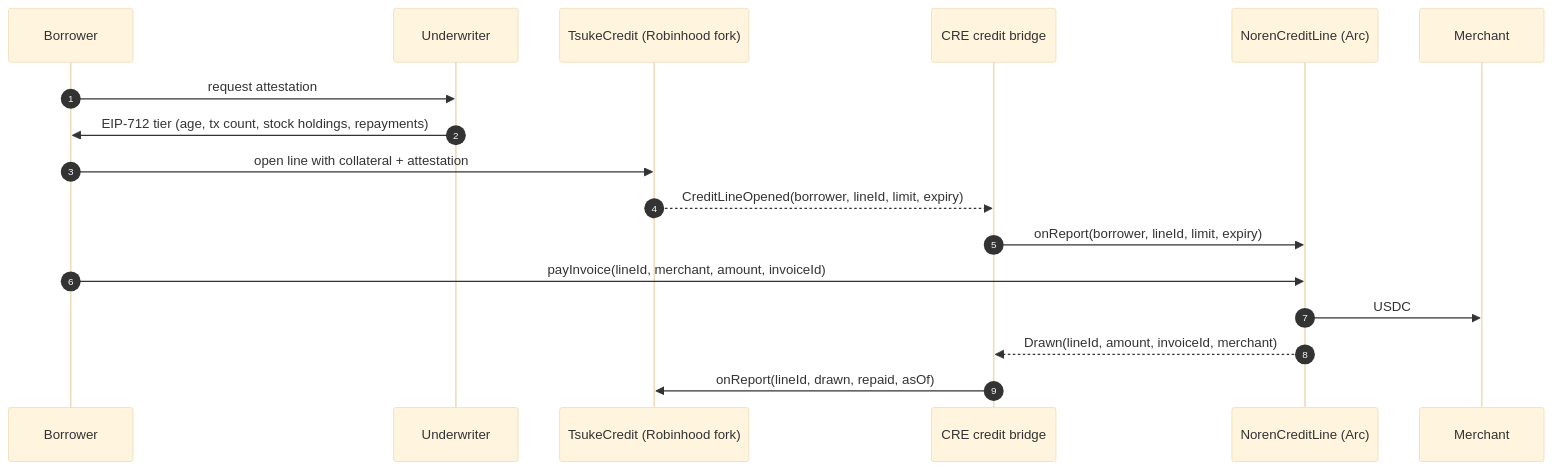
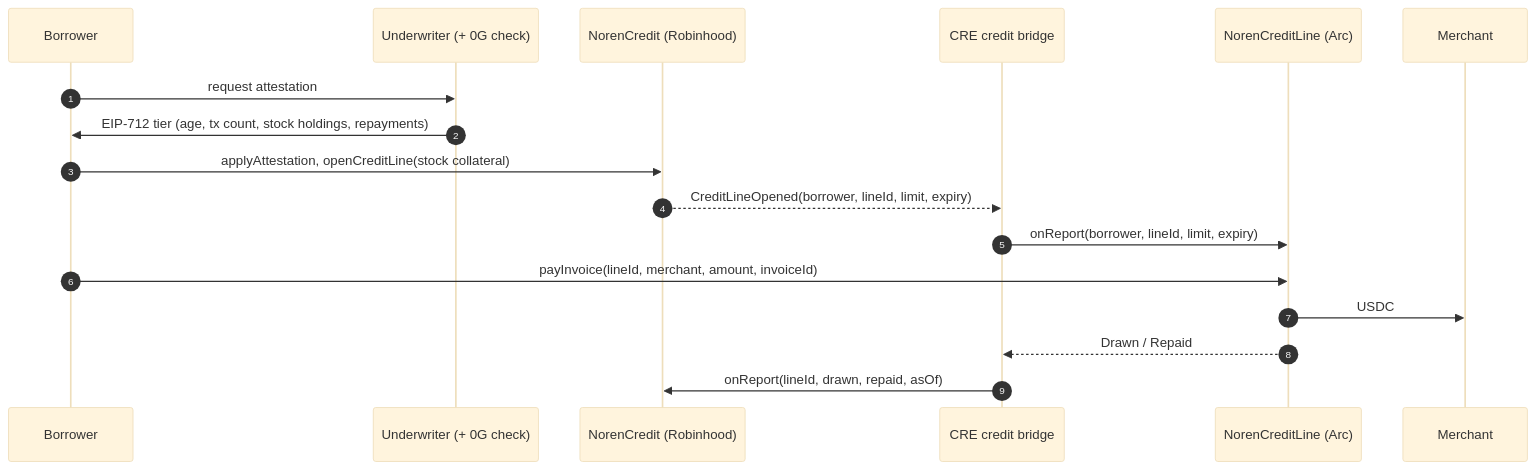
The third of 3 diagrams in docs/ARCHITECTURE.md (nickthelegend/noren), drawn with Mermaid (base theme) before and after one commit. The commit also changed other lines of this file and 4 other files, not shown here.

Commit message:
Docs: final architecture (NorenCredit, Aqua makers, settlement desk, World ID, 0G), drop branch status from ARC.md, fork-simulate defaults to HEAD

````diff
--- a/docs/ARCHITECTURE.md
+++ b/docs/ARCHITECTURE.md
@@ -88,19 +118,19 @@
 ```mermaid
 sequenceDiagram
   autonumber
   participant B as Borrower
-  participant U as Underwriter
-  participant T as TsukeCredit (Robinhood fork)
+  participant U as Underwriter (+ 0G check)
+  participant T as NorenCredit (Robinhood)
   participant W as CRE credit bridge
   participant L as NorenCreditLine (Arc)
   participant M as Merchant
   B->>U: request attestation
   U->>B: EIP-712 tier (age, tx count, stock holdings, repayments)
-  B->>T: open line with collateral + attestation
+  B->>T: applyAttestation, openCreditLine(stock collateral)
   T-->>W: CreditLineOpened(borrower, lineId, limit, expiry)
   W->>L: onReport(borrower, lineId, limit, expiry)
   B->>L: payInvoice(lineId, merchant, amount, invoiceId)
   L->>M: USDC
-  L-->>W: Drawn(lineId, amount, invoiceId, merchant)
+  L-->>W: Drawn / Repaid
   W->>T: onReport(lineId, drawn, repaid, asOf)
 ```
````
